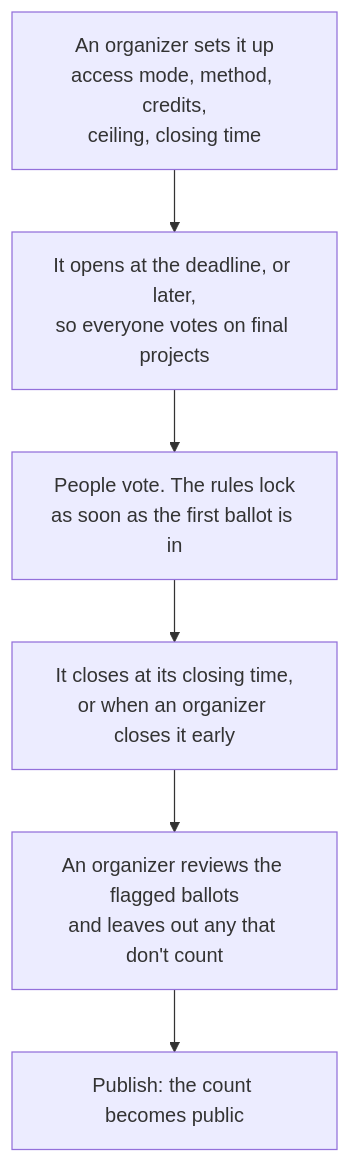
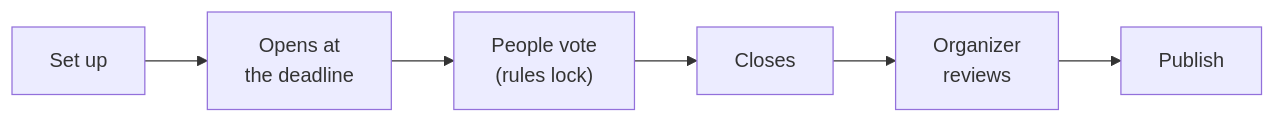
One commit to manusingh090/Shipshape changed the fourth of 4 diagrams in JUDGING.md. Above: the diagram before and after it, drawn with Mermaid. The commit also changed other lines of this file and 2 other files, not shown here.

Commit message:
Update files: shorter README, compact diagrams

````diff
--- a/JUDGING.md
+++ b/JUDGING.md
@@ -473,8 +453,4 @@
 ```mermaid
-flowchart TB
-    setup["An organizer sets it up<br/>access mode, method, credits,<br/>ceiling, closing time"] --> opens["It opens at the deadline, or later,<br/>so everyone votes on final projects"]
-    opens --> voting["People vote. The rules lock<br/>as soon as the first ballot is in"]
-    voting --> closes["It closes at its closing time,<br/>or when an organizer closes it early"]
-    closes --> review["An organizer reviews the flagged ballots<br/>and leaves out any that don't count"]
-    review --> publish["Publish: the count becomes public"]
+flowchart LR
+    setup["Set up"] --> opens["Opens at<br/>the deadline"] --> voting["People vote<br/>(rules lock)"] --> closes["Closes"] --> review["Organizer<br/>reviews"] --> publish["Publish"]
 ```
````
